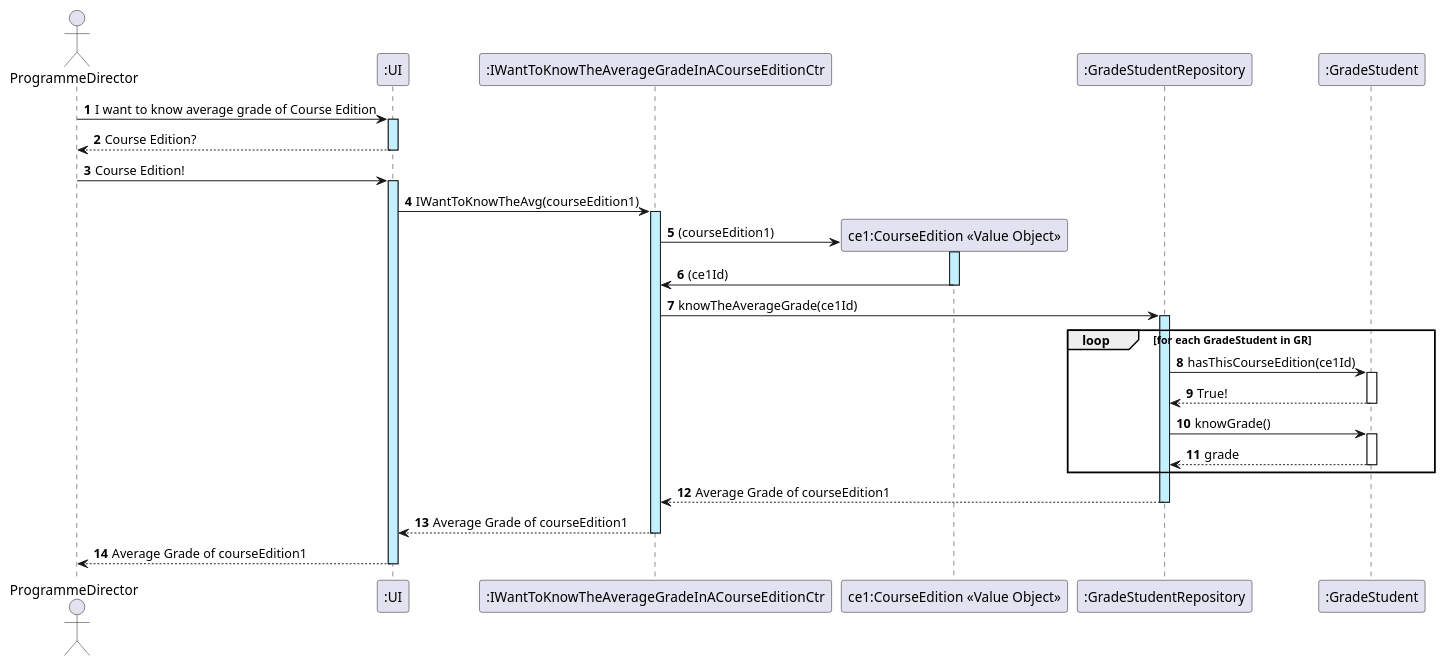
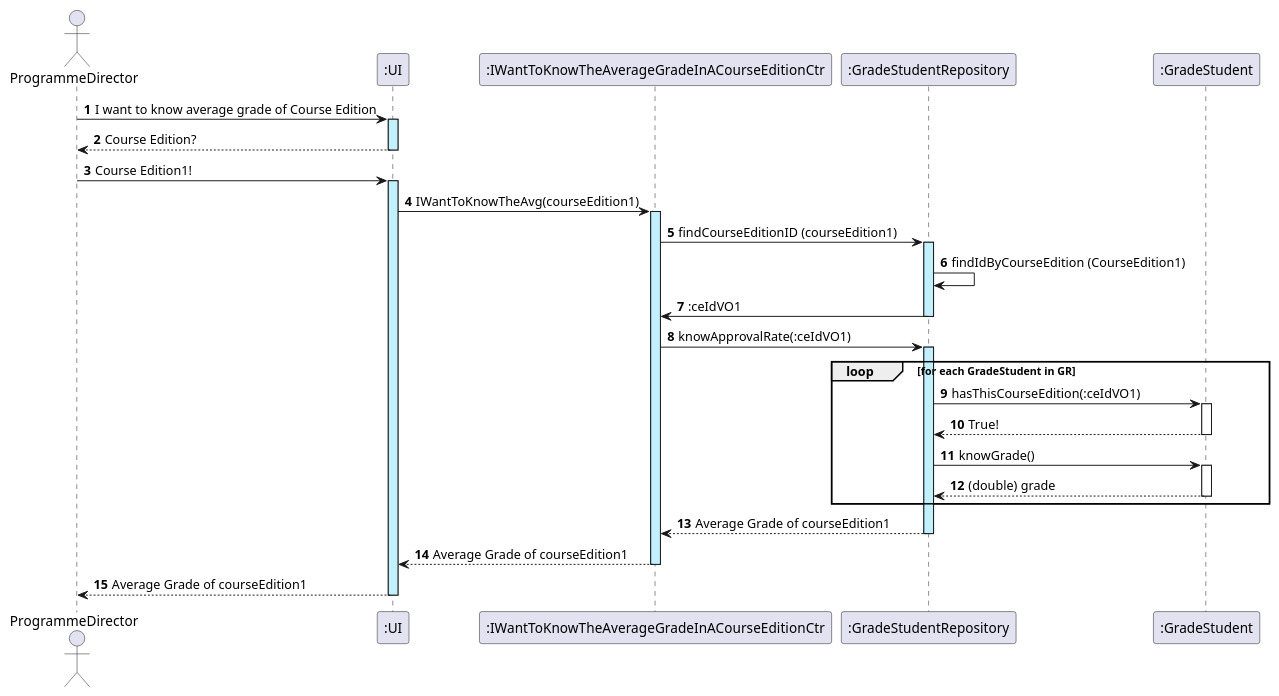
The diagram in docs/US25/US25_knowTheAverageGradeInACourseEditionSD.puml (GasparISEP/DevOps-PAI), drawn with PlantUML before and after one commit.

Commit message:
Updated US25_SD. Related #50

```diff
--- a/docs/US25/US25_knowTheAverageGradeInACourseEditionSD.puml
+++ b/docs/US25/US25_knowTheAverageGradeInACourseEditionSD.puml
@@ -1,42 +1,39 @@
 @startuml
 actor ProgrammeDirector
 participant ":UI" as UI
 participant ":IWantToKnowTheAverageGradeInACourseEditionCtr" as KA
-participant "ce1:CourseEdition <<Value Object>>" as CE
 participant ":GradeStudentRepository" as GR
 participant ":GradeStudent" as GradeStudent
 autonumber
 
 
 ProgrammeDirector -> UI ++ #application: I want to know average grade of Course Edition
 UI --> ProgrammeDirector -- : Course Edition?
-ProgrammeDirector -> UI ++ #application: Course Edition!
+ProgrammeDirector -> UI ++ #application: Course Edition1!
 UI -> KA ++ #application : IWantToKnowTheAvg(courseEdition1)
-create CE
-KA -> CE ++ #application : (courseEdition1)
-CE -> KA : (ce1Id)
-deactivate CE
-
-
-KA -> GR ++ #application : knowTheAverageGrade(ce1Id)
+KA -> GR ++ #application : findCourseEditionID (courseEdition1)
+GR -> GR : findIdByCourseEdition (CourseEdition1)
+GR -> KA :  :ceIdVO1
+deactivate GR
+KA -> GR ++ #application : knowApprovalRate(:ceIdVO1)
 
 
 
 loop for each GradeStudent in GR
-    GR -> GradeStudent : hasThisCourseEdition(ce1Id)
+    GR -> GradeStudent : hasThisCourseEdition(:ceIdVO1)
     activate GradeStudent
     GradeStudent --> GR : True!
     deactivate GradeStudent
 
     GR -> GradeStudent : knowGrade()
     activate GradeStudent
-    GradeStudent --> GR : grade
+    GradeStudent --> GR : (double) grade
     deactivate GradeStudent
 end
 
 
 GR --> KA --: Average Grade of courseEdition1
 KA --> UI --: Average Grade of courseEdition1
 UI --> ProgrammeDirector --: Average Grade of courseEdition1
 
 @enduml
```
